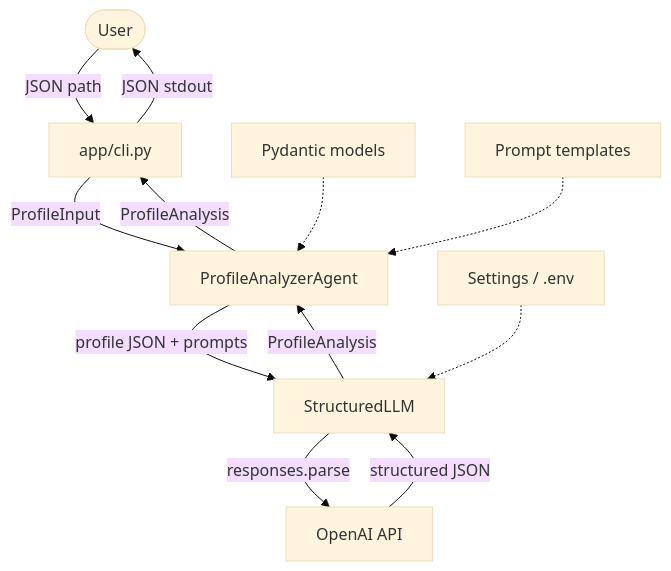
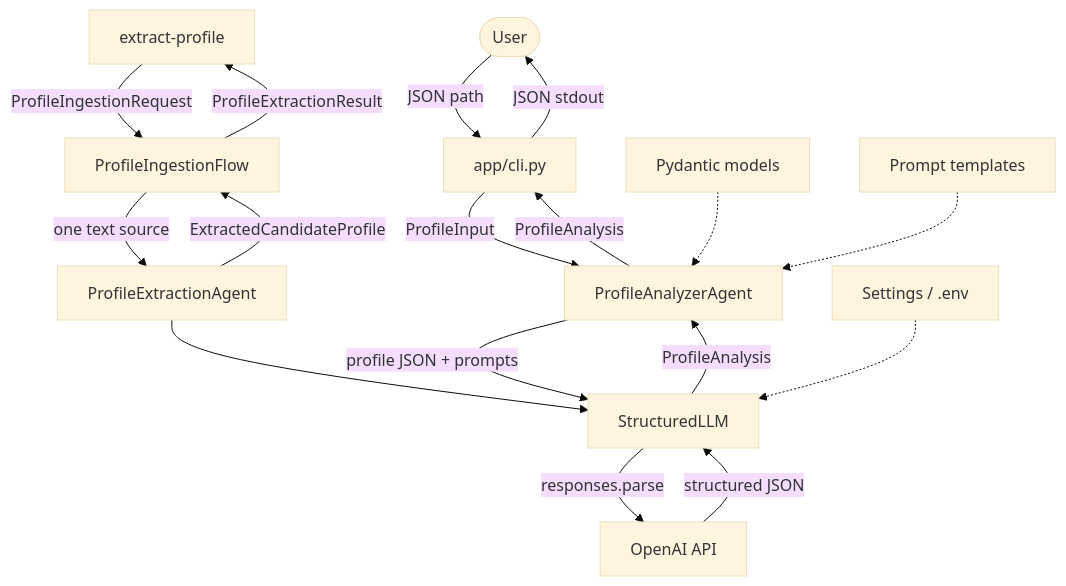
Before and after one commit to shira-ozana/career-ai: the sixth of 8 diagrams in docs/architecture/overview.md, drawn with Mermaid (base theme). The commit also changed other lines of this file and 27 other files, not shown here.

First line of the commit message:
Add text profile extraction that returns per-source facts.

````diff
--- a/docs/architecture/overview.md
+++ b/docs/architecture/overview.md
@@ -370,15 +377,21 @@
 ```mermaid
 flowchart TB
     User([User]) -->|JSON path| CLI[app/cli.py]
     CLI -->|ProfileInput| Agent[ProfileAnalyzerAgent]
     Agent -->|profile JSON + prompts| LLM[StructuredLLM]
     LLM -->|responses.parse| OpenAI[OpenAI API]
     OpenAI -->|structured JSON| LLM
     LLM -->|ProfileAnalysis| Agent
     Agent -->|ProfileAnalysis| CLI
     CLI -->|JSON stdout| User
 
+    CLI2[extract-profile] -->|ProfileIngestionRequest| Flow[ProfileIngestionFlow]
+    Flow -->|one text source| Extract[ProfileExtractionAgent]
+    Extract --> LLM
+    Extract -->|ExtractedCandidateProfile| Flow
+    Flow -->|ProfileExtractionResult| CLI2
+
     Settings[Settings / .env] -.-> LLM
     Models[Pydantic models] -.-> Agent
     Prompts[Prompt templates] -.-> Agent
 ```
````
